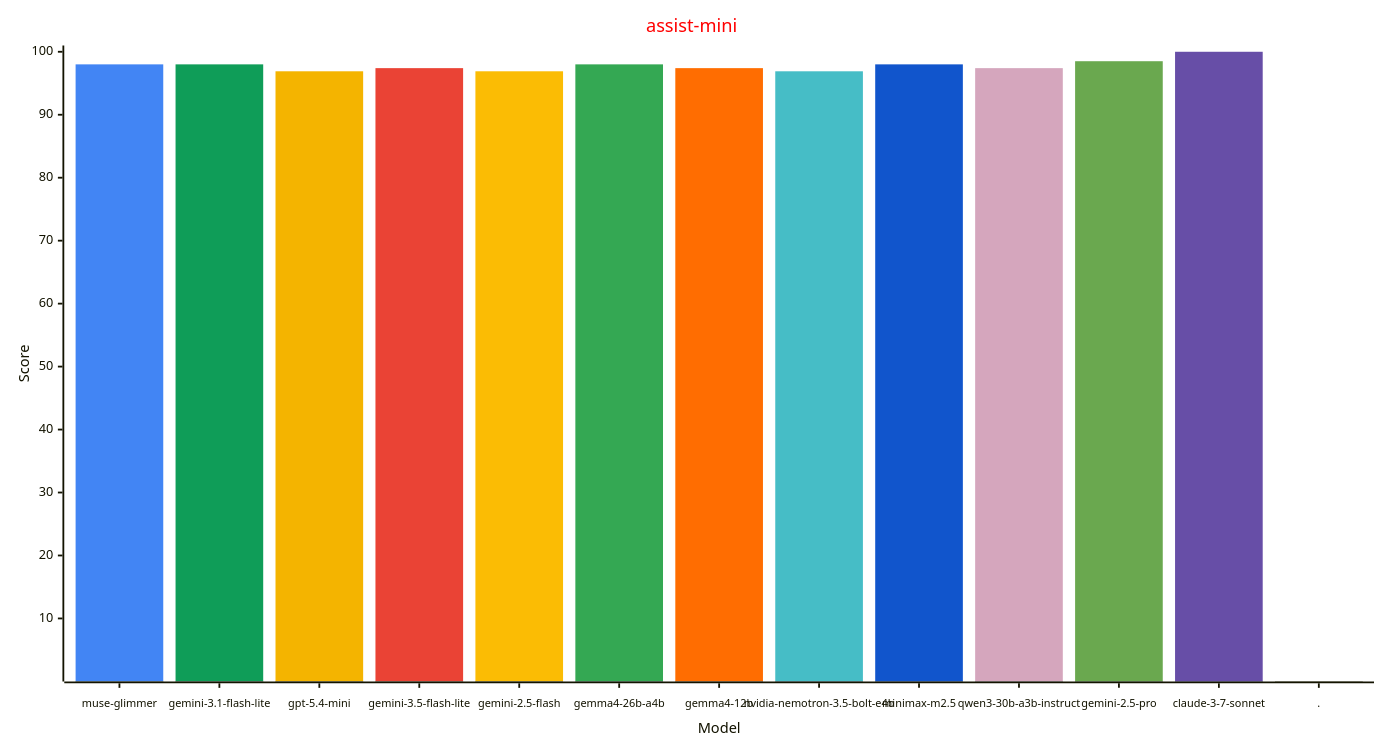
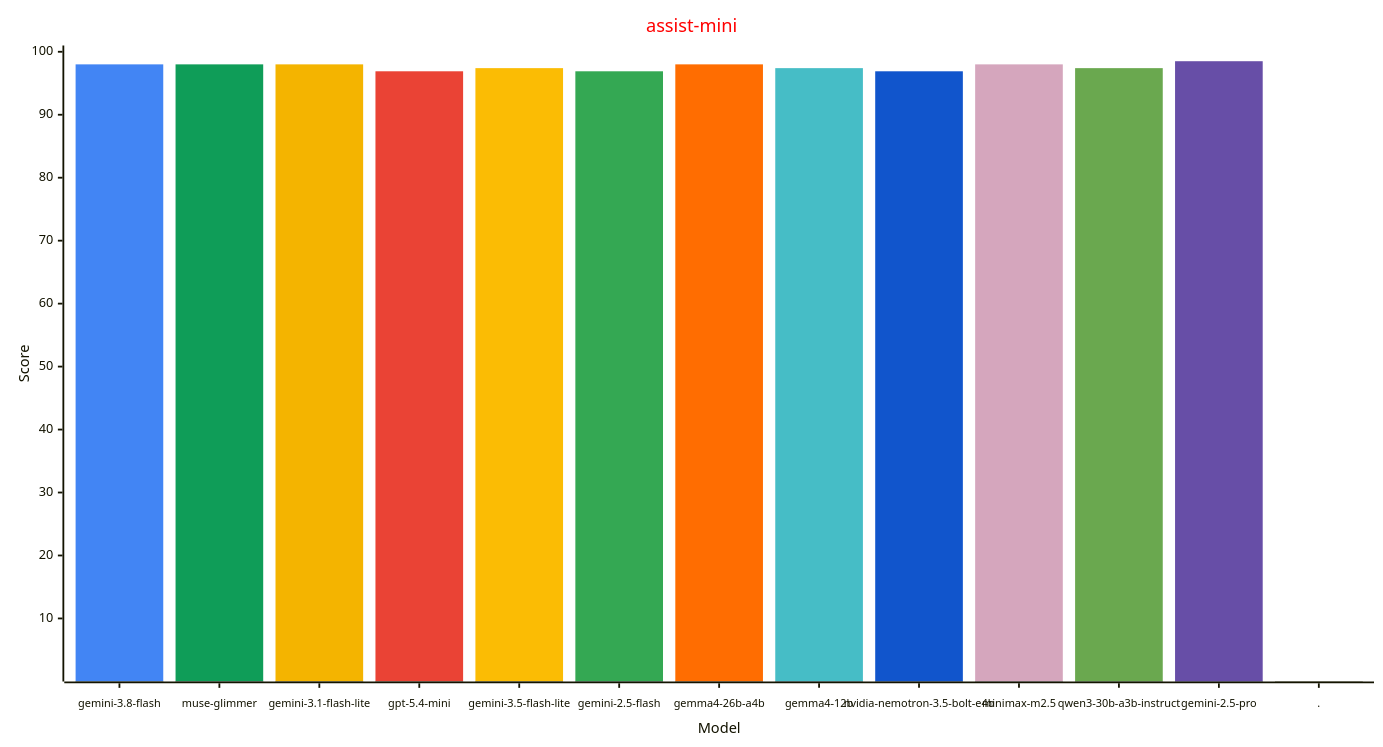
One commit to allenporter/home-assistant-datasets changed the second of 4 diagrams in reports/README.md. Above: the diagram before and after it, drawn with Mermaid. The commit also changed other lines of this file, not shown here.

````diff
--- a/reports/README.md
+++ b/reports/README.md
@@ -132,33 +133,33 @@
 ```mermaid
 ---
 config:
     xyChart:
         width: 1500
         height: 800
         xAxis:
           labelFontSize: 12
           labelPadding: 8
     themeVariables:
         xyChart:
             titleColor: "#ff0000"
             plotColorPalette: "#4285f4, #0f9d58, #f4b400, #ea4335, #fbbc04, #34a853, #ff6d01, #46bdc6, #1155cc, #d5a6bd, #6aa84f, #674ea7, #4285f4"
 
 ---
 xychart-beta
   title "assist-mini"
-  x-axis "Model" [muse-glimmer, gemini-3.1-flash-lite, gpt-5.4-mini, gemini-3.5-flash-lite, gemini-2.5-flash, gemma4-26b-a4b, gemma4-12b, nvidia-nemotron-3.5-bolt-e4b, minimax-m2.5, qwen3-30b-a3b-instruct, gemini-2.5-pro, claude-3-7-sonnet, .]
+  x-axis "Model" [gemini-3.8-flash, muse-glimmer, gemini-3.1-flash-lite, gpt-5.4-mini, gemini-3.5-flash-lite, gemini-2.5-flash, gemma4-26b-a4b, gemma4-12b, nvidia-nemotron-3.5-bolt-e4b, minimax-m2.5, qwen3-30b-a3b-instruct, gemini-2.5-pro, .]
   y-axis "Score" 1 --> 100
   bar [98.0, 0.0, 0.0, 0.0, 0.0, 0.0, 0.0, 0.0, 0.0, 0.0, 0.0, 0.0, 0.0]
   bar [0.0, 98.0, 0.0, 0.0, 0.0, 0.0, 0.0, 0.0, 0.0, 0.0, 0.0, 0.0, 0.0]
-  bar [0.0, 0.0, 96.9, 0.0, 0.0, 0.0, 0.0, 0.0, 0.0, 0.0, 0.0, 0.0, 0.0]
-  bar [0.0, 0.0, 0.0, 97.4, 0.0, 0.0, 0.0, 0.0, 0.0, 0.0, 0.0, 0.0, 0.0]
-  bar [0.0, 0.0, 0.0, 0.0, 96.9, 0.0, 0.0, 0.0, 0.0, 0.0, 0.0, 0.0, 0.0]
-  bar [0.0, 0.0, 0.0, 0.0, 0.0, 98.0, 0.0, 0.0, 0.0, 0.0, 0.0, 0.0, 0.0]
-  bar [0.0, 0.0, 0.0, 0.0, 0.0, 0.0, 97.4, 0.0, 0.0, 0.0, 0.0, 0.0, 0.0]
-  bar [0.0, 0.0, 0.0, 0.0, 0.0, 0.0, 0.0, 96.9, 0.0, 0.0, 0.0, 0.0, 0.0]
-  bar [0.0, 0.0, 0.0, 0.0, 0.0, 0.0, 0.0, 0.0, 98.0, 0.0, 0.0, 0.0, 0.0]
-  bar [0.0, 0.0, 0.0, 0.0, 0.0, 0.0, 0.0, 0.0, 0.0, 97.4, 0.0, 0.0, 0.0]
-  bar [0.0, 0.0, 0.0, 0.0, 0.0, 0.0, 0.0, 0.0, 0.0, 0.0, 98.5, 0.0, 0.0]
-  bar [0.0, 0.0, 0.0, 0.0, 0.0, 0.0, 0.0, 0.0, 0.0, 0.0, 0.0, 100.0, 0.0]
+  bar [0.0, 0.0, 98.0, 0.0, 0.0, 0.0, 0.0, 0.0, 0.0, 0.0, 0.0, 0.0, 0.0]
+  bar [0.0, 0.0, 0.0, 96.9, 0.0, 0.0, 0.0, 0.0, 0.0, 0.0, 0.0, 0.0, 0.0]
+  bar [0.0, 0.0, 0.0, 0.0, 97.4, 0.0, 0.0, 0.0, 0.0, 0.0, 0.0, 0.0, 0.0]
+  bar [0.0, 0.0, 0.0, 0.0, 0.0, 96.9, 0.0, 0.0, 0.0, 0.0, 0.0, 0.0, 0.0]
+  bar [0.0, 0.0, 0.0, 0.0, 0.0, 0.0, 98.0, 0.0, 0.0, 0.0, 0.0, 0.0, 0.0]
+  bar [0.0, 0.0, 0.0, 0.0, 0.0, 0.0, 0.0, 97.4, 0.0, 0.0, 0.0, 0.0, 0.0]
+  bar [0.0, 0.0, 0.0, 0.0, 0.0, 0.0, 0.0, 0.0, 96.9, 0.0, 0.0, 0.0, 0.0]
+  bar [0.0, 0.0, 0.0, 0.0, 0.0, 0.0, 0.0, 0.0, 0.0, 98.0, 0.0, 0.0, 0.0]
+  bar [0.0, 0.0, 0.0, 0.0, 0.0, 0.0, 0.0, 0.0, 0.0, 0.0, 97.4, 0.0, 0.0]
+  bar [0.0, 0.0, 0.0, 0.0, 0.0, 0.0, 0.0, 0.0, 0.0, 0.0, 0.0, 98.5, 0.0]
   bar [0.0, 0.0, 0.0, 0.0, 0.0, 0.0, 0.0, 0.0, 0.0, 0.0, 0.0, 0.0, -1.0]
 ```
````
